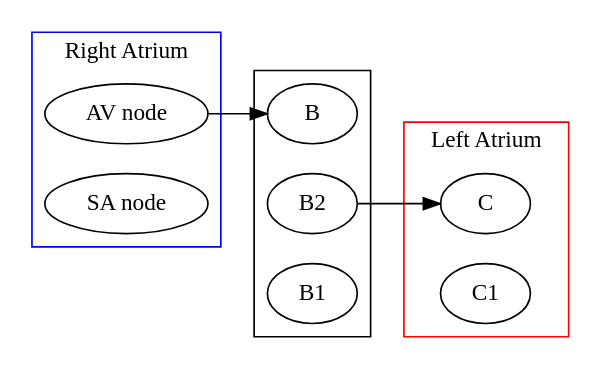
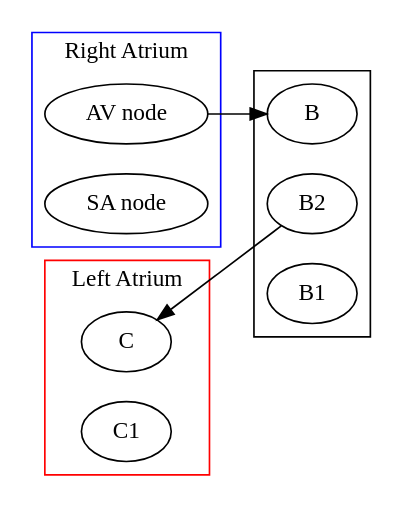
One commit to meirisoda/school_spring2024 changed the second of 2 diagrams in NURS380_Practicum/Topics/EKG/EKG and Rhythms.md. Above: the diagram before and after it, drawn with Graphviz.

Commit message:
vault backup: 2024-02-19 17:55:57

````diff
--- a/NURS380_Practicum/Topics/EKG/EKG and Rhythms.md
+++ b/NURS380_Practicum/Topics/EKG/EKG and Rhythms.md
@@ -209,39 +209,39 @@
 ```dot
 digraph g{
 	rankdir = LR;
 	node [shape = ellipse]
 	
 	A1->B
-	B2->C
+	B2->C [constraint=false]
 
 	subgraph cluster0{
 		shape=rect;
 		rank=same;
 		color=blue;
 		label="Right Atrium";
 		
 		A [label="SA node"];
 		A1 [label="AV node"];
 		
 		
 	}
 	
 	subgraph cluster1{
 		shape = rect;
 		rank=same;
 		B;
 		B1;
 		B2;
 	}
 
 	subgraph cluster2 {
 		shape=rect;
 		rank=same;
 		color=red;
 		label="Left Atrium";
 		
 		C;
 		C1;
 	}
 }
 ```
````
